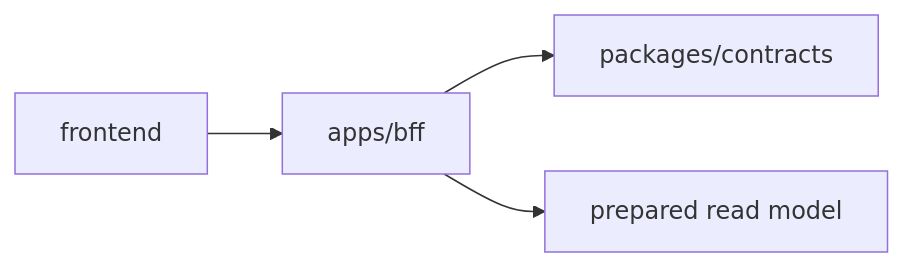
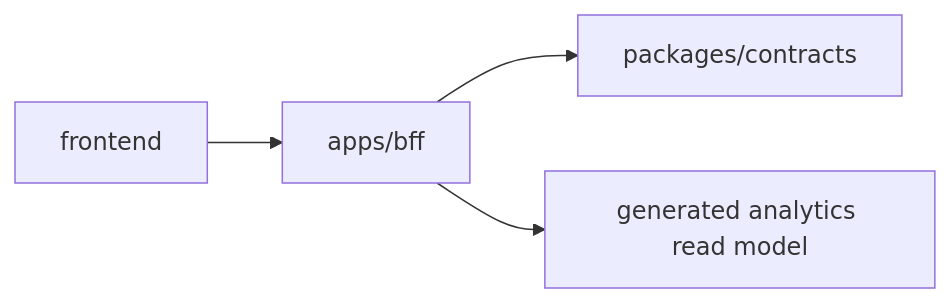
One commit to flovia/poc changed the diagram in docs/bff-frontend-guide.md. Above: the diagram before and after it, drawn with Mermaid. The commit also changed other lines of this file and 1 other file, not shown here.

Commit message:
feat(docs): add Japanese translation for BFF frontend onboarding guide

````diff
--- a/docs/bff-frontend-guide.md
+++ b/docs/bff-frontend-guide.md
@@ -14,6 +14,6 @@
 ```mermaid
 flowchart LR
     Frontend["frontend"] --> BFF["apps/bff"]
     BFF --> Contract["packages/contracts"]
-    BFF --> ReadModel["prepared read model"]
+    BFF --> ReadModel["generated analytics read model"]
 ```
````
